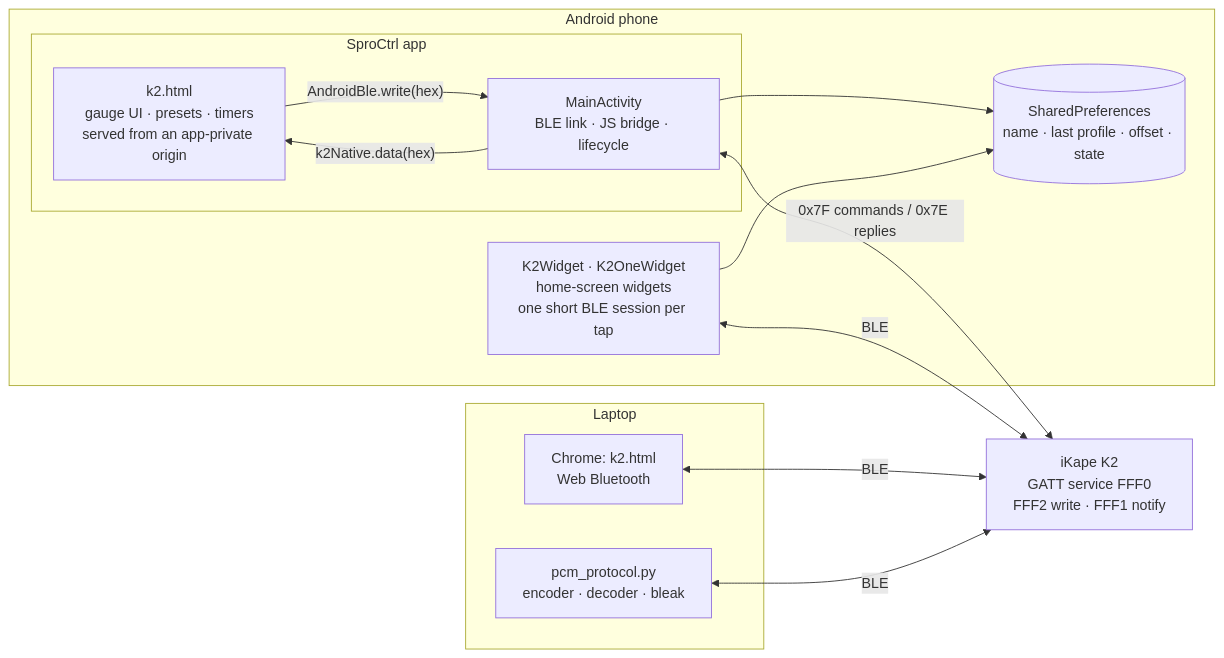
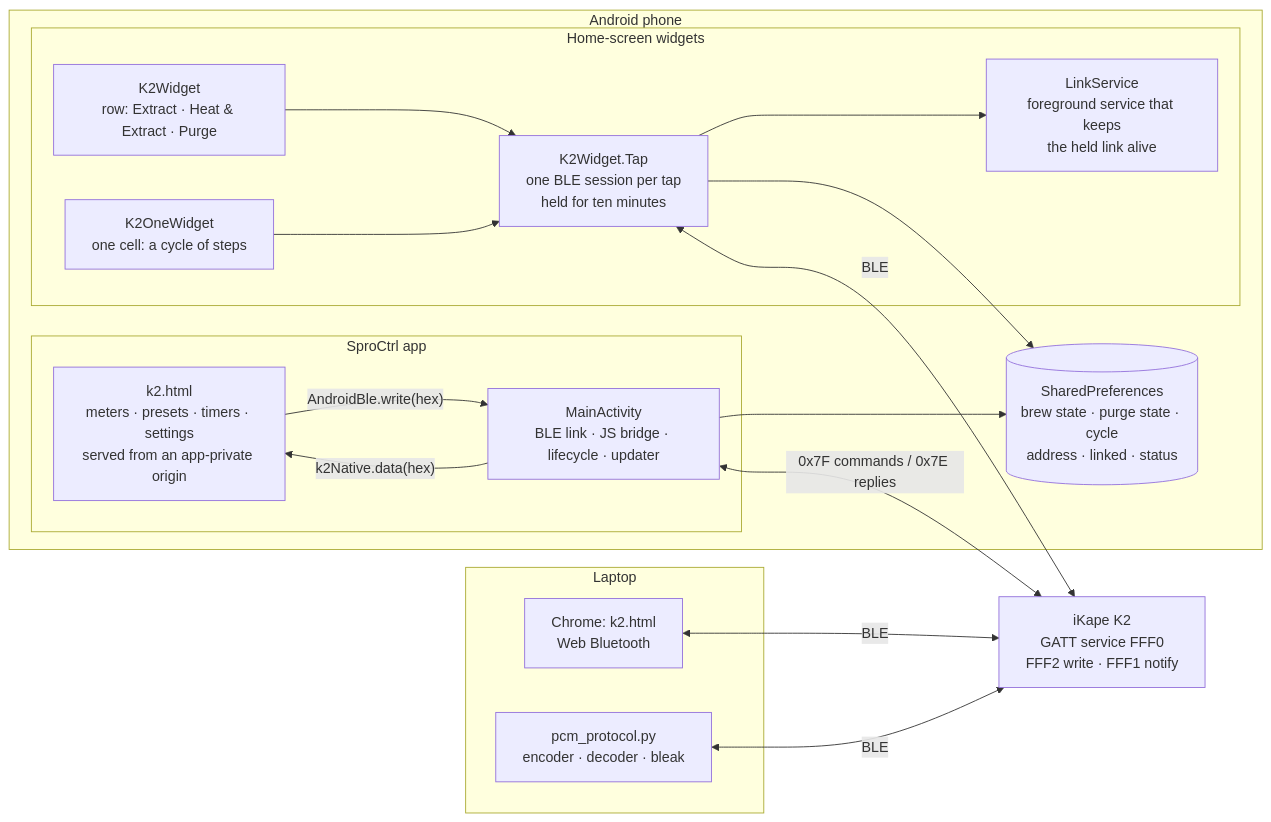
Before and after one commit to nyx-ulrix/SproControl: the first of 5 diagrams in README.md, drawn with Mermaid. The commit also changed other lines of this file and 5 other files, not shown here.

Commit message:
README: architecture and logic-flow diagrams for the current design; graphify code map published

````diff
--- a/README.md
+++ b/README.md
@@ -100,24 +100,32 @@
 ```mermaid
 flowchart LR
   subgraph Phone["Android phone"]
     subgraph App["SproCtrl app"]
-      UI["k2.html<br/>gauge UI · presets · timers<br/>served from an app-private origin"]
-      MA["MainActivity<br/>BLE link · JS bridge · lifecycle"]
+      UI["k2.html<br/>meters · presets · timers · settings<br/>served from an app-private origin"]
+      MA["MainActivity<br/>BLE link · JS bridge · lifecycle · updater"]
       UI -- "AndroidBle.write(hex)" --> MA
       MA -- "k2Native.data(hex)" --> UI
     end
-    W["K2Widget · K2OneWidget<br/>home-screen widgets<br/>one short BLE session per tap"]
-    P[("SharedPreferences<br/>name · last profile · offset · state")]
+    subgraph Widgets["Home-screen widgets"]
+      KW["K2Widget<br/>row: Extract · Heat & Extract · Purge"]
+      KO["K2OneWidget<br/>one cell: a cycle of steps"]
+      TAP["K2Widget.Tap<br/>one BLE session per tap<br/>held for ten minutes"]
+      LS["LinkService<br/>foreground service that keeps<br/>the held link alive"]
+      KW --> TAP
+      KO --> TAP
+      TAP --> LS
+    end
+    P[("SharedPreferences<br/>brew state · purge state · cycle<br/>address · linked · status")]
     MA --> P
-    W --> P
+    TAP --> P
   end
   K2["iKape K2<br/>GATT service FFF0<br/>FFF2 write · FFF1 notify"]
   MA <-- "0x7F commands / 0x7E replies" --> K2
-  W <-- "BLE" --> K2
+  TAP <-- "BLE" --> K2
   subgraph Laptop
     B["Chrome: k2.html<br/>Web Bluetooth"]
     PY["pcm_protocol.py<br/>encoder · decoder · bleak"]
   end
   B <-- "BLE" --> K2
   PY <-- "BLE" --> K2
 ```
````
